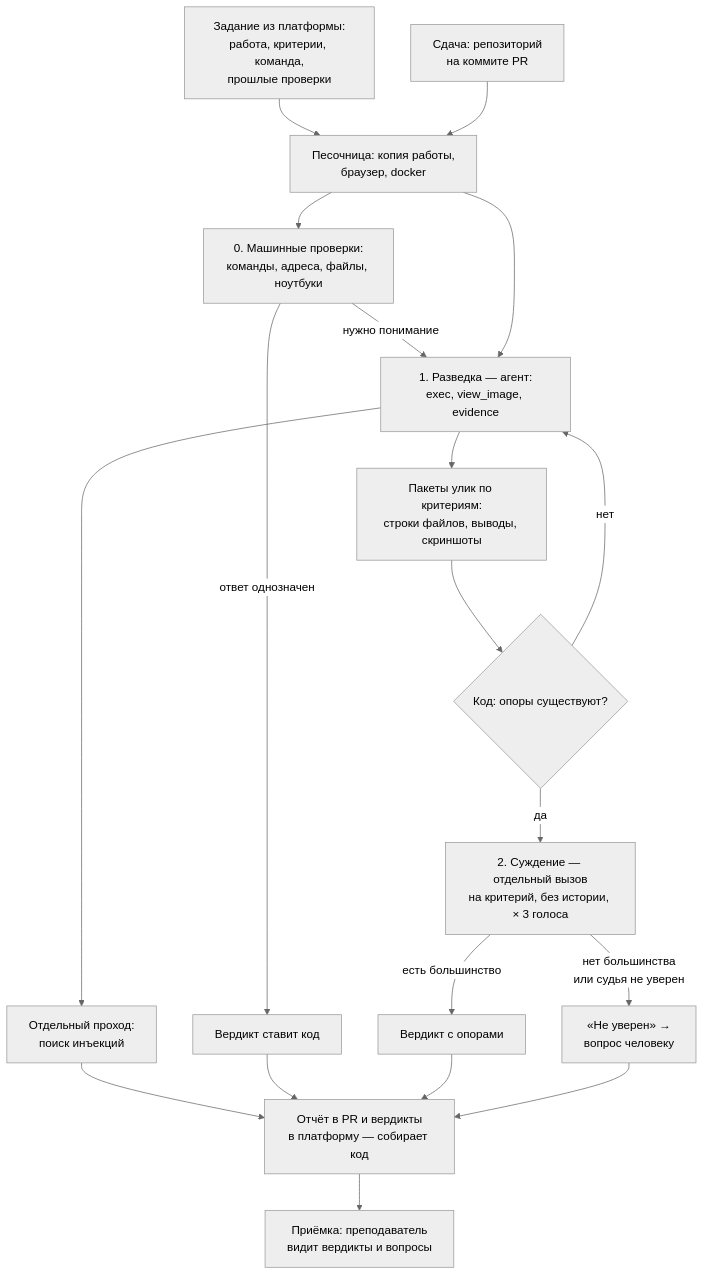
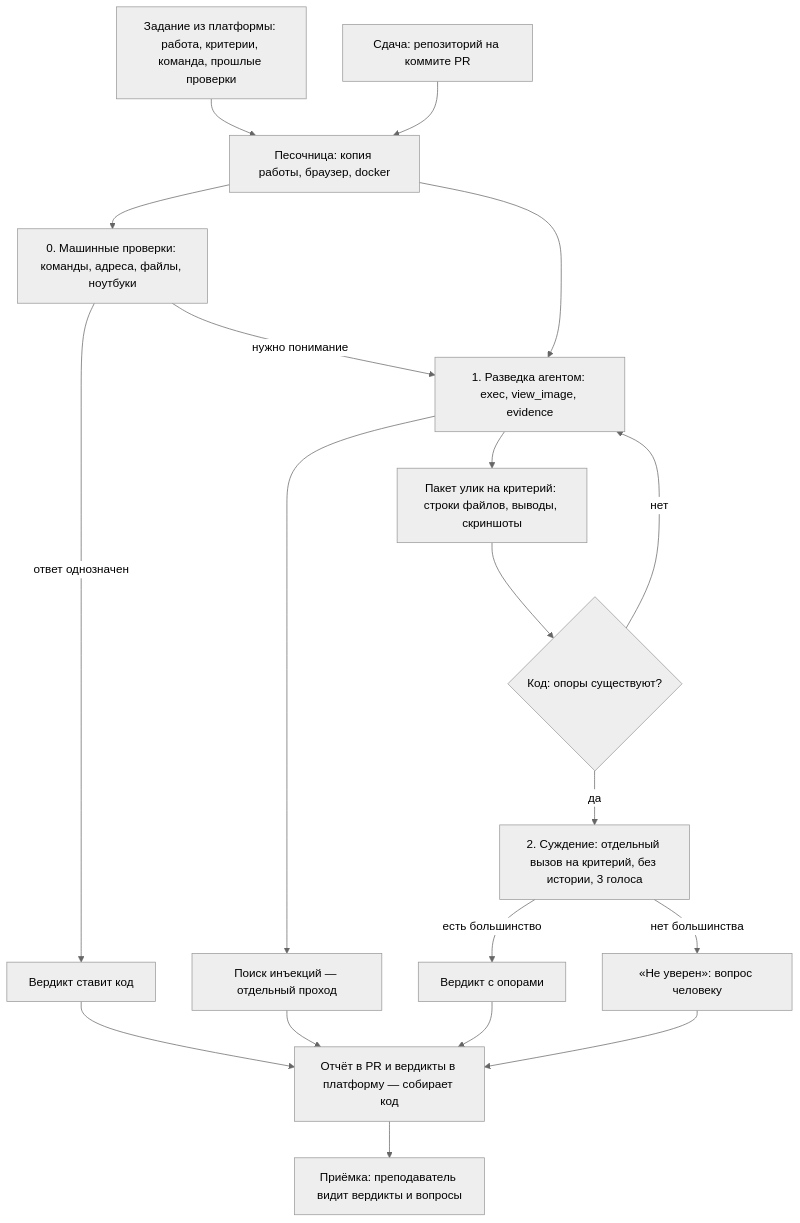
Before and after one commit to ChS23/mlsd-judge: the second of 3 diagrams in docs/ml_system_design_doc.md, drawn with Mermaid (neutral theme). The commit also changed other lines of this file, not shown here.

Commit message:
docs: компактнее схемы MVP и цикла улучшения
На GitHub схема MVP вытягивалась на две тысячи пикселей из-за принудительных переносов, а цикл в одну строку получался мелким.

````diff
--- a/docs/ml_system_design_doc.md
+++ b/docs/ml_system_design_doc.md
@@ -284,25 +284,25 @@
 ```mermaid
 flowchart TB
-    T[Задание из платформы:<br/>работа, критерии, команда,<br/>прошлые проверки] --> SB
-    PR[Сдача: репозиторий<br/>на коммите PR] --> SB[Песочница: копия работы,<br/>браузер, docker]
+    T[Задание из платформы: работа, критерии, команда, прошлые проверки] --> SB
+    PR[Сдача: репозиторий на коммите PR] --> SB[Песочница: копия работы, браузер, docker]
 
-    SB --> M[0. Машинные проверки:<br/>команды, адреса, файлы, ноутбуки]
+    SB --> M[0. Машинные проверки: команды, адреса, файлы, ноутбуки]
+    SB --> S[1. Разведка агентом: exec, view_image, evidence]
     M -->|ответ однозначен| VC[Вердикт ставит код]
     M -->|нужно понимание| S
+    S --> INJ[Поиск инъекций — отдельный проход]
 
-    SB --> S[1. Разведка — агент:<br/>exec, view_image, evidence]
-    S --> EV[Пакеты улик по критериям:<br/>строки файлов, выводы, скриншоты]
+    S --> EV[Пакет улик на критерий: строки файлов, выводы, скриншоты]
     EV --> CHK{Код: опоры существуют?}
     CHK -->|нет| S
-    CHK -->|да| J[2. Суждение — отдельный вызов<br/>на критерий, без истории, × 3 голоса]
+    CHK -->|да| J[2. Суждение: отдельный вызов на критерий, без истории, 3 голоса]
 
     J -->|есть большинство| V[Вердикт с опорами]
-    J -->|нет большинства<br/>или судья не уверен| U[«Не уверен» →<br/>вопрос человеку]
+    J -->|нет большинства| U[«Не уверен»: вопрос человеку]
 
-    S --> INJ[Отдельный проход:<br/>поиск инъекций]
-    INJ --> REP
-    VC --> REP[Отчёт в PR и вердикты<br/>в платформу — собирает код]
+    VC --> REP[Отчёт в PR и вердикты в платформу — собирает код]
     V --> REP
     U --> REP
-    REP --> H[Приёмка: преподаватель<br/>видит вердикты и вопросы]
+    INJ --> REP
+    REP --> H[Приёмка: преподаватель видит вердикты и вопросы]
 ```
````
